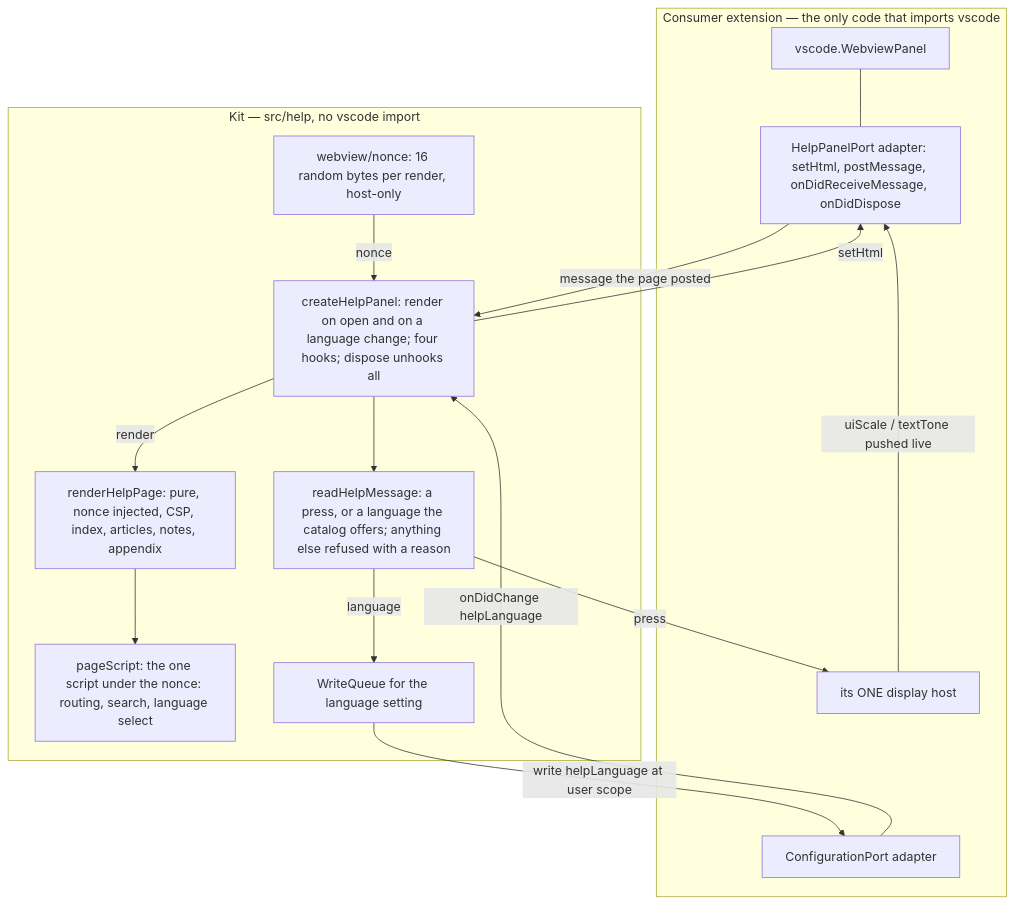
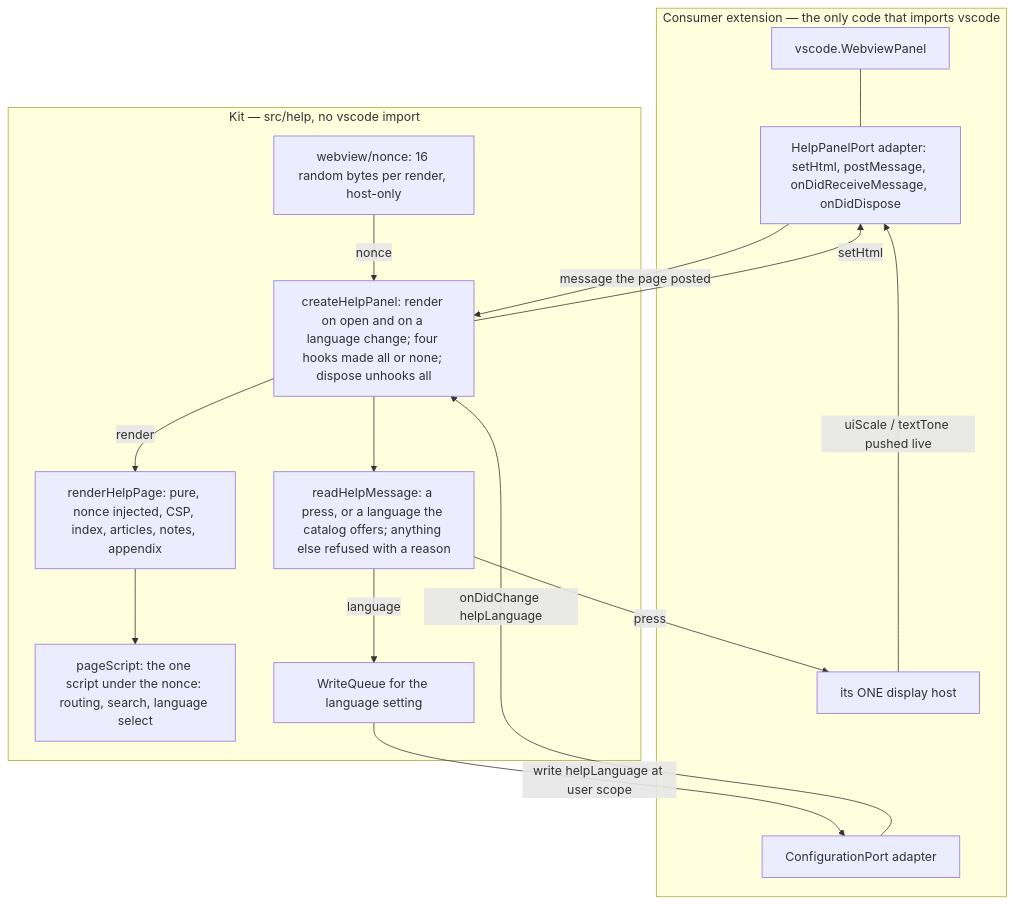
One commit to oleksandrdubyna88/dew_flow_vscode_kit changed the third of 3 diagrams in research/architecture.md. Above: the diagram before and after it, drawn with Mermaid. The commit also changed other lines of this file and 15 other files, not shown here.

````diff
--- a/research/architecture.md
+++ b/research/architecture.md
@@ -198,29 +214,29 @@
 ```mermaid
 flowchart TB
   subgraph consumer["Consumer extension — the only code that imports vscode"]
     wv["vscode.WebviewPanel"]
     port["HelpPanelPort adapter: setHtml, postMessage, onDidReceiveMessage, onDidDispose"]
     cfg["ConfigurationPort adapter"]
     dhost["its ONE display host"]
   end
   subgraph kit["Kit — src/help, no vscode import"]
-    panel["createHelpPanel: render on open and on a language change; four hooks; dispose unhooks all"]
+    panel["createHelpPanel: render on open and on a language change; four hooks made all or none; dispose unhooks all"]
     read["readHelpMessage: a press, or a language the catalog offers; anything else refused with a reason"]
     page["renderHelpPage: pure, nonce injected, CSP, index, articles, notes, appendix"]
     script["pageScript: the one script under the nonce: routing, search, language select"]
     nonce["webview/nonce: 16 random bytes per render, host-only"]
     queue["WriteQueue for the language setting"]
   end
   wv --- port
   port -- "message the page posted" --> panel
   panel --> read
   read -- "press" --> dhost
   read -- "language" --> queue
   queue -- "write helpLanguage at user scope" --> cfg
   cfg -- "onDidChange helpLanguage" --> panel
   panel -- "render" --> page
   nonce -- "nonce" --> panel
   page --> script
   panel -- "setHtml" --> port
   dhost -- "uiScale / textTone pushed live" --> port
 ```
````
